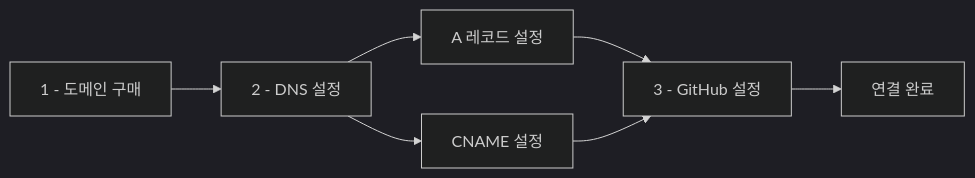
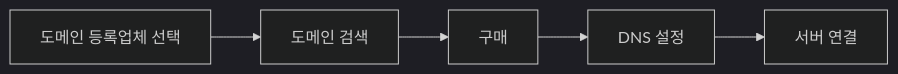
One commit to nugurejeil/weniVooks changed the third of 3 diagrams in _md/essentials-vibecoding/chapter04/04-4.md. Above: the diagram before and after it, drawn with Mermaid (dark theme). The commit also changed other lines of this file and 7 other files, not shown here.

````diff
--- a/_md/essentials-vibecoding/chapter04/04-4.md
+++ b/_md/essentials-vibecoding/chapter04/04-4.md
@@ -11,9 +73,7 @@
 ```mermaid
 flowchart LR
-    A["1 - 도메인 구매"] --> B["2 - DNS 설정"]
-    B --> C["A 레코드 설정"]
-    B --> D["CNAME 설정"]
-    C --> E["3 - GitHub 설정"]
-    D --> E
-    E --> F["연결 완료"]
+    A["도메인 등록업체 선택"] --> B["도메인 검색"]
+    B --> C["구매"]
+    C --> D["DNS 설정"]
+    D --> E["서버 연결"]
 ```
````
